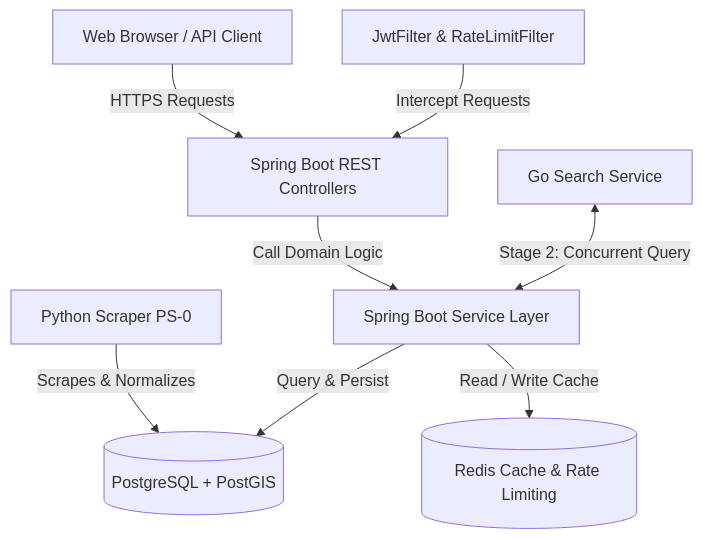
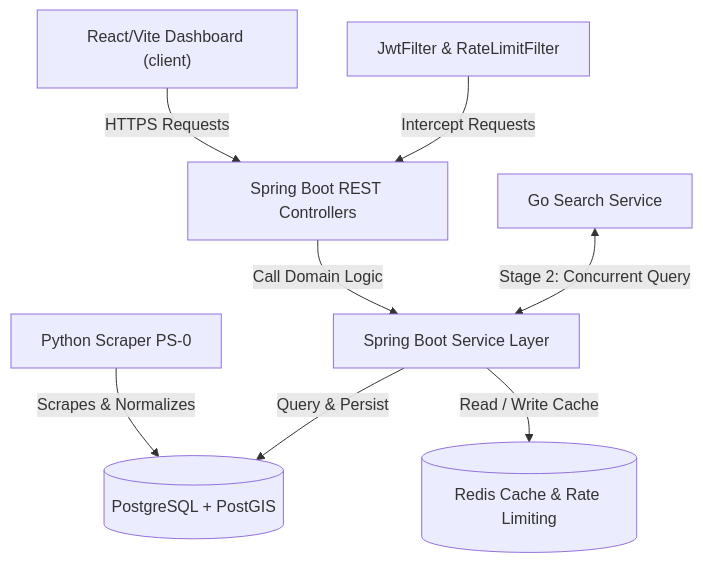
One commit to islajr/property-intel changed the diagram in README.md. Above: the diagram before and after it, drawn with Mermaid. The commit also changed other lines of this file, not shown here.

````diff
--- a/README.md
+++ b/README.md
@@ -18,10 +36,10 @@
 ```mermaid
 graph TD
     Scraper[Python Scraper PS-0] -->|Scrapes & Normalizes| DB[(PostgreSQL + PostGIS)]
-    Client[Web Browser / API Client] -->|HTTPS Requests| Controller[Spring Boot REST Controllers]
+    Client["React/Vite Dashboard (client)"] -->|HTTPS Requests| Controller[Spring Boot REST Controllers]
     Controller -->|Call Domain Logic| Service[Spring Boot Service Layer]
     Service -->|Query & Persist| DB
     Service -->|Read / Write Cache| Redis[(Redis Cache & Rate Limiting)]
     Filter[JwtFilter & RateLimitFilter] -->|Intercept Requests| Controller
     GoSearch[Go Search Service] <-->|Stage 2: Concurrent Query| Service
 ```
````
